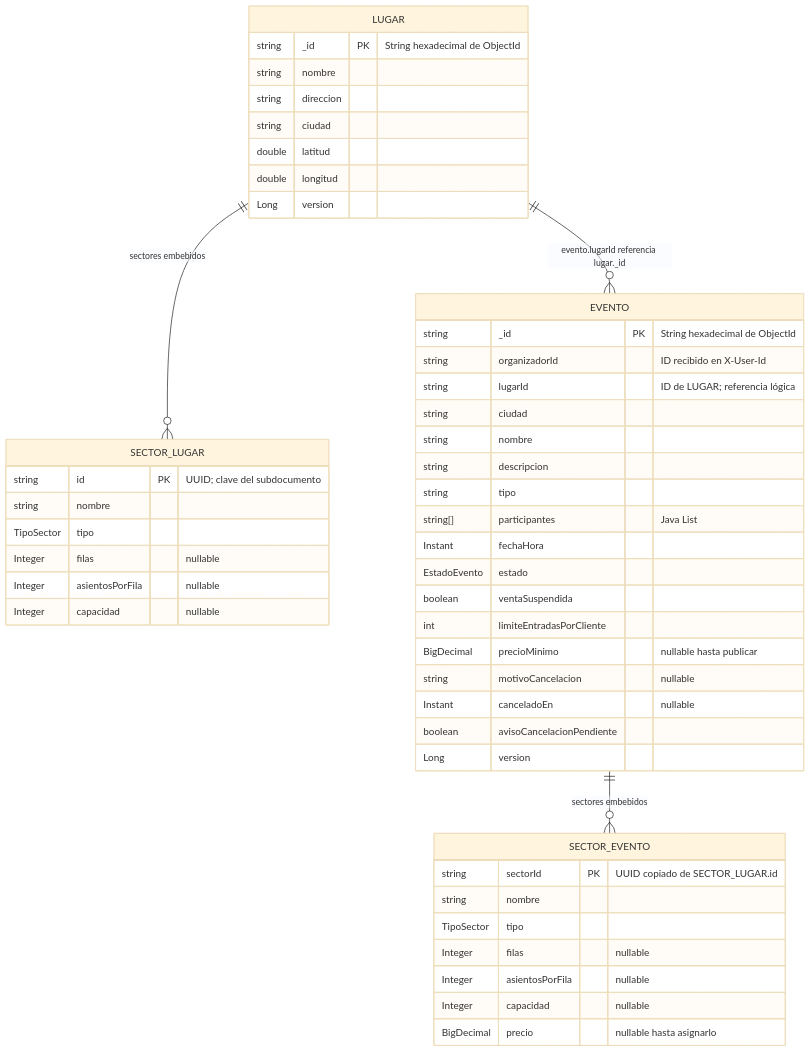
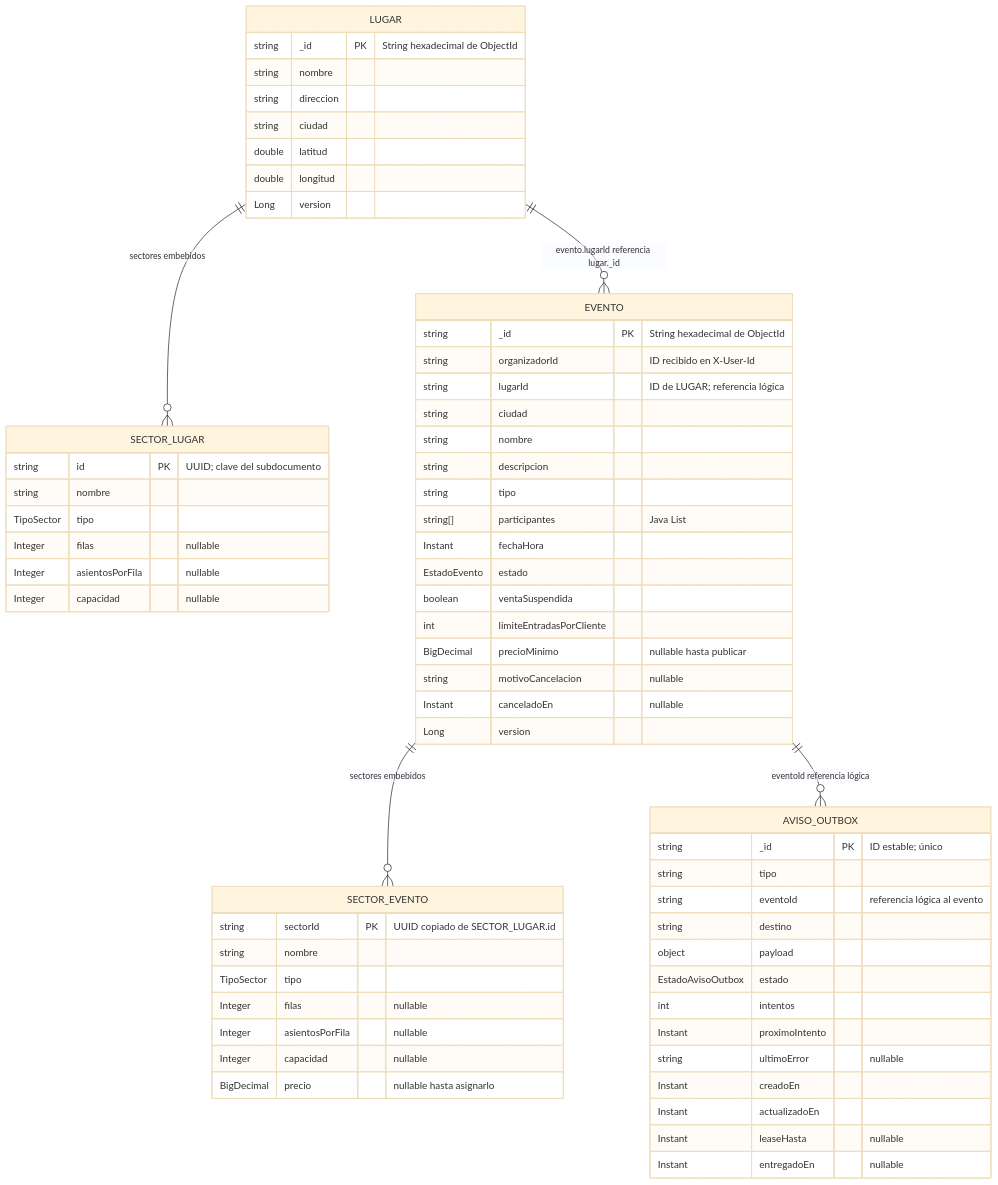
One commit to mailenramos/Trabajo-Practico-Especial changed the diagram in Backend/mcsv-lugares-sectores-eventos/docs/modelo-de-datos.md. Above: the diagram before and after it, drawn with Mermaid (base theme). The commit also changed other lines of this file and 12 other files, not shown here.

````diff
--- a/Backend/mcsv-lugares-sectores-eventos/docs/modelo-de-datos.md
+++ b/Backend/mcsv-lugares-sectores-eventos/docs/modelo-de-datos.md
@@ -5,55 +5,71 @@
 ```mermaid
 erDiagram
     LUGAR {
         string _id PK "String hexadecimal de ObjectId"
         string nombre
         string direccion
         string ciudad
         double latitud
         double longitud
         Long version
     }
 
     SECTOR_LUGAR {
         string id PK "UUID; clave del subdocumento"
         string nombre
         TipoSector tipo
         Integer filas "nullable"
         Integer asientosPorFila "nullable"
         Integer capacidad "nullable"
     }
 
     EVENTO {
         string _id PK "String hexadecimal de ObjectId"
         string organizadorId "ID recibido en X-User-Id"
         string lugarId "ID de LUGAR; referencia lógica"
         string ciudad
         string nombre
         string descripcion
         string tipo
         string[] participantes "Java List<String>"
         Instant fechaHora
         EstadoEvento estado
         boolean ventaSuspendida
         int limiteEntradasPorCliente
         BigDecimal precioMinimo "nullable hasta publicar"
         string motivoCancelacion "nullable"
         Instant canceladoEn "nullable"
-        boolean avisoCancelacionPendiente
         Long version
     }
 
     SECTOR_EVENTO {
         string sectorId PK "UUID copiado de SECTOR_LUGAR.id"
         string nombre
         TipoSector tipo
         Integer filas "nullable"
         Integer asientosPorFila "nullable"
         Integer capacidad "nullable"
         BigDecimal precio "nullable hasta asignarlo"
     }
 
+    AVISO_OUTBOX {
+        string _id PK "ID estable; único"
+        string tipo
+        string eventoId "referencia lógica al evento"
+        string destino
+        object payload
+        EstadoAvisoOutbox estado
+        int intentos
+        Instant proximoIntento
+        string ultimoError "nullable"
+        Instant creadoEn
+        Instant actualizadoEn
+        Instant leaseHasta "nullable"
+        Instant entregadoEn "nullable"
+    }
+
     LUGAR ||--o{ SECTOR_LUGAR : "sectores embebidos"
     LUGAR ||--o{ EVENTO : "evento.lugarId referencia lugar._id"
     EVENTO ||--o{ SECTOR_EVENTO : "sectores embebidos"
+    EVENTO ||--o{ AVISO_OUTBOX : "eventoId referencia lógica"
 ```
````
